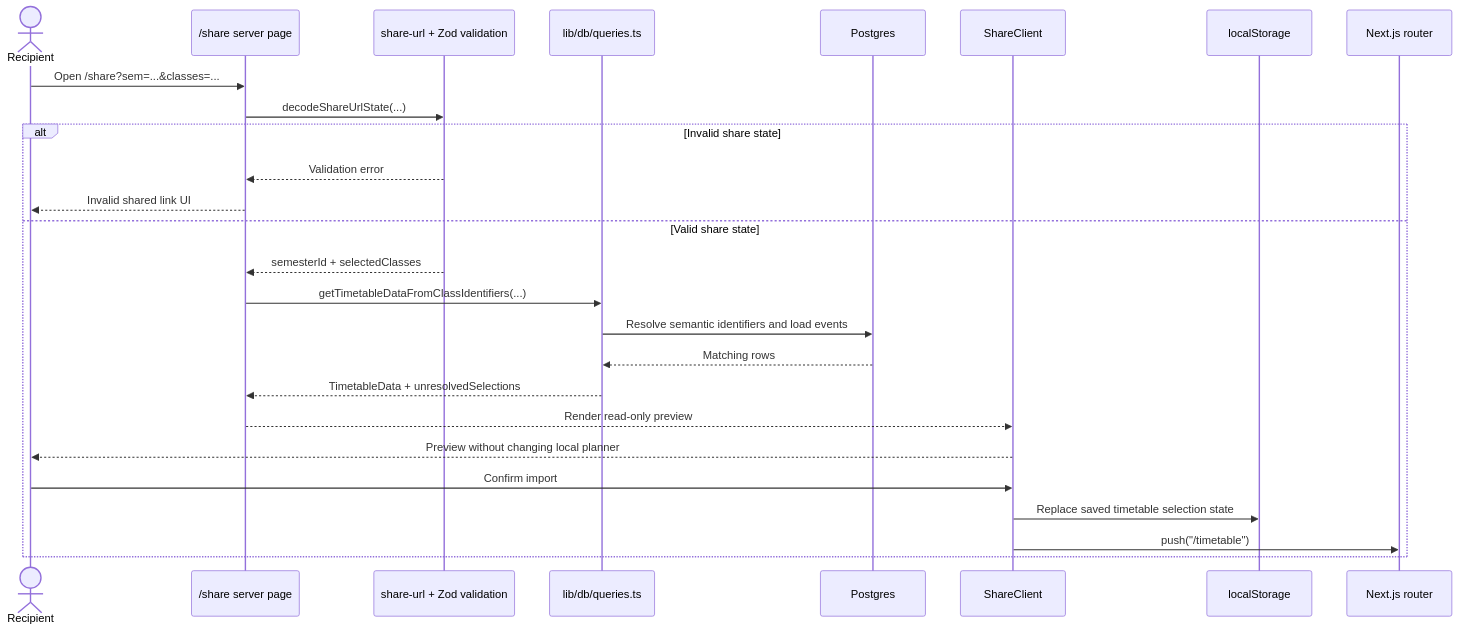
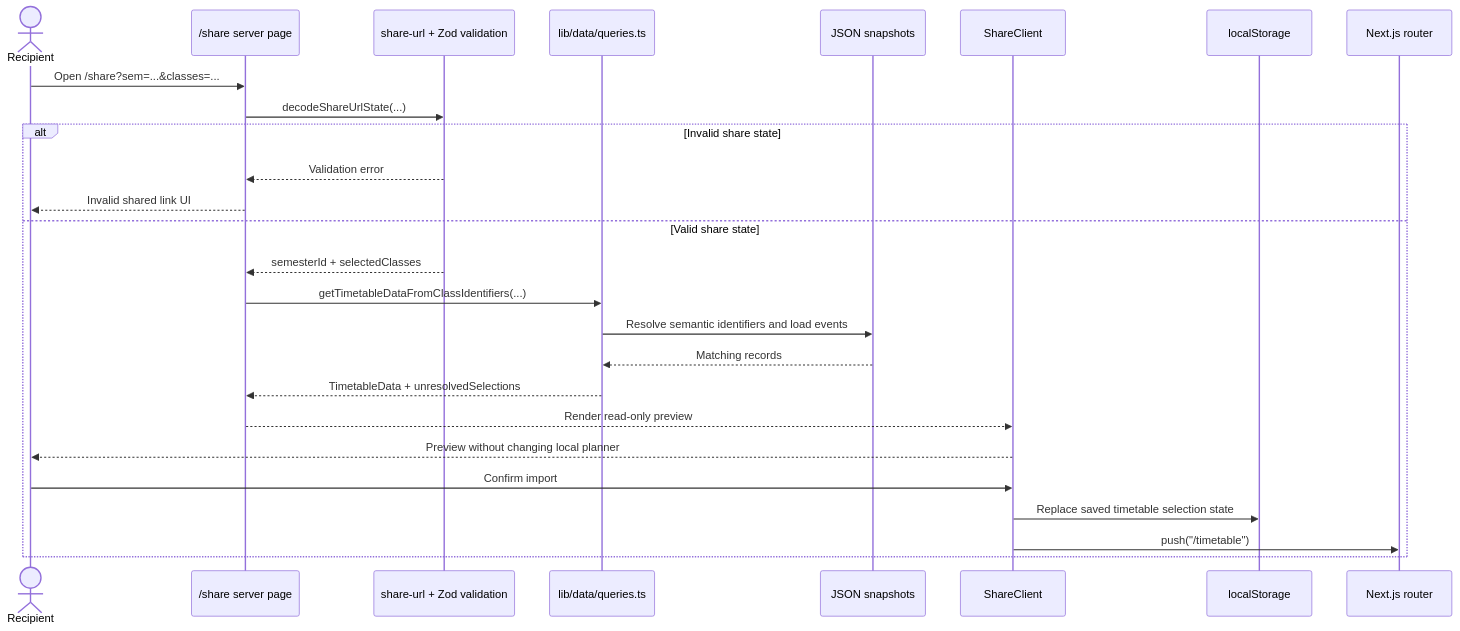
Before and after one commit to lester-td/SUSSplanner: diagram 16 of 18 in docs/DeveloperGuide.md, drawn with Mermaid. The commit also changed other lines of this file and 4 other files, not shown here.

````diff
--- a/docs/DeveloperGuide.md
+++ b/docs/DeveloperGuide.md
@@ -1316,29 +1323,29 @@
 ```mermaid
 sequenceDiagram
     actor Recipient
     participant Page as /share server page
     participant Decoder as share-url + Zod validation
-    participant Queries as lib/db/queries.ts
-    participant DB as Postgres
+    participant Queries as lib/data/queries.ts
+    participant Snapshot as JSON snapshots
     participant Client as ShareClient
     participant Storage as localStorage
     participant Router as Next.js router
 
     Recipient->>Page: Open /share?sem=...&classes=...
     Page->>Decoder: decodeShareUrlState(...)
     alt Invalid share state
         Decoder-->>Page: Validation error
         Page-->>Recipient: Invalid shared link UI
     else Valid share state
         Decoder-->>Page: semesterId + selectedClasses
         Page->>Queries: getTimetableDataFromClassIdentifiers(...)
-        Queries->>DB: Resolve semantic identifiers and load events
-        DB-->>Queries: Matching rows
+        Queries->>Snapshot: Resolve semantic identifiers and load events
+        Snapshot-->>Queries: Matching records
         Queries-->>Page: TimetableData + unresolvedSelections
         Page-->>Client: Render read-only preview
         Client-->>Recipient: Preview without changing local planner
         Recipient->>Client: Confirm import
         Client->>Storage: Replace saved timetable selection state
         Client->>Router: push("/timetable")
     end
 ```
````
